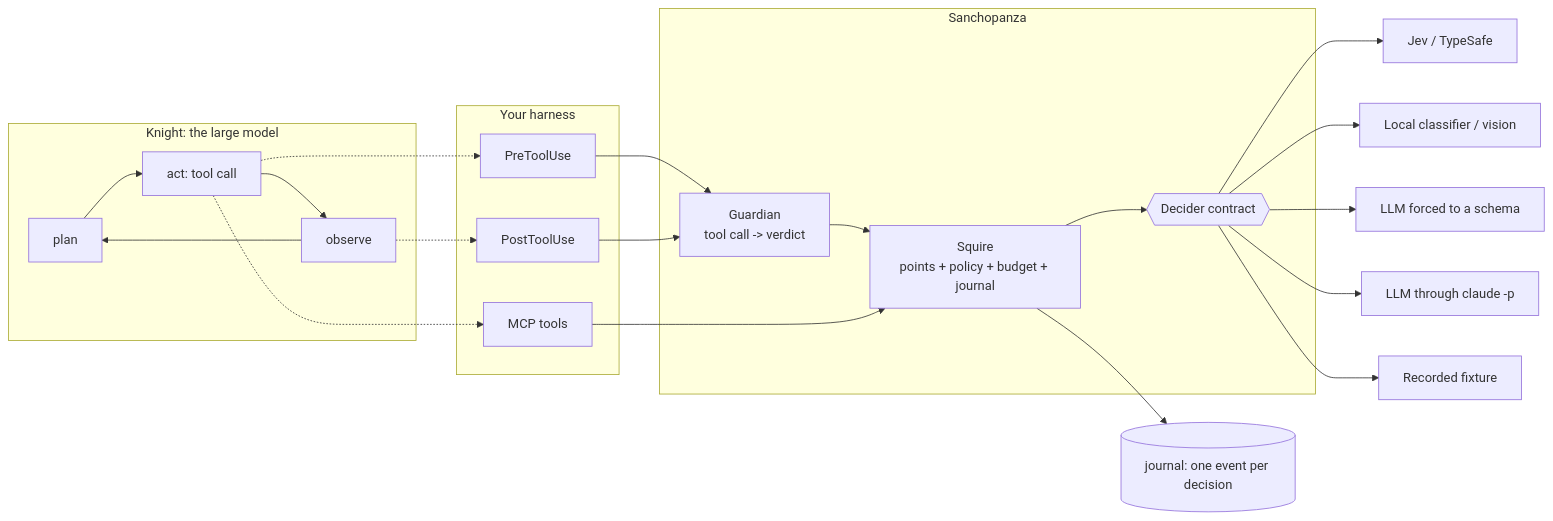
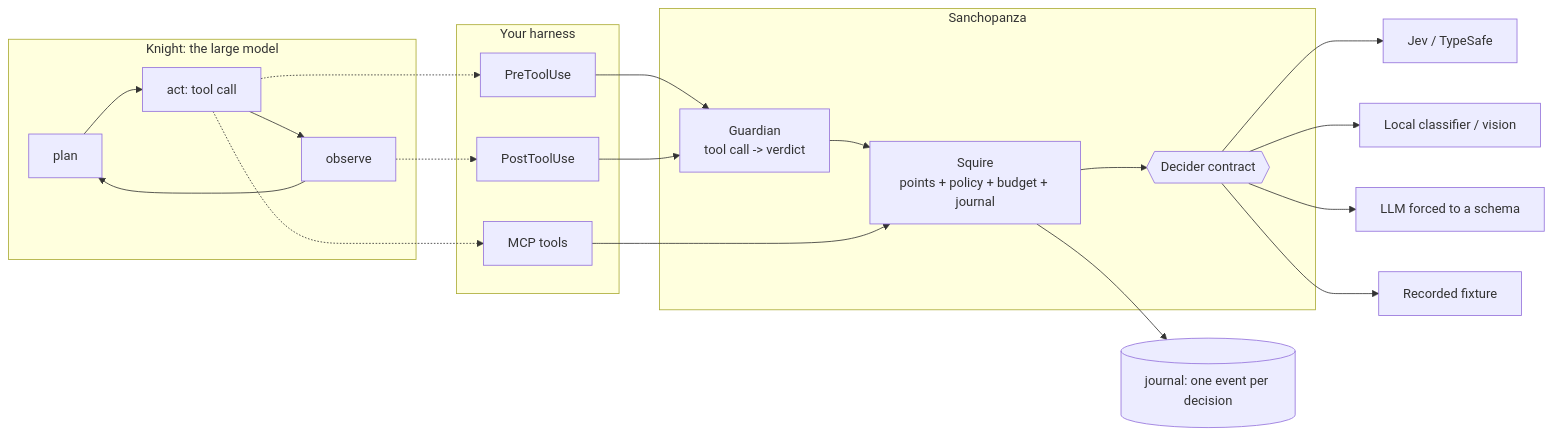
The diagram in README.md (romanpert/sanchopanza), drawn with Mermaid before and after one commit. The commit also changed other lines of this file and 10 other files, not shown here.

First line of the commit message:
refactor: remove the claude-cli provider from the public package

````diff
--- a/README.md
+++ b/README.md
@@ -263,24 +263,23 @@
 ```mermaid
 flowchart LR
     subgraph Knight["Knight: the large model"]
         P[plan] --> A[act: tool call] --> O[observe] --> P
     end
     subgraph Harness["Your harness"]
         PRE[PreToolUse]
         POST[PostToolUse]
         MCP[MCP tools]
     end
     subgraph SP["Sanchopanza"]
         G[Guardian<br/>tool call -> verdict] --> S[Squire<br/>points + policy + budget + journal]
         S --> D{{Decider contract}}
     end
     D --> J[Jev / TypeSafe]
     D --> L[Local classifier / vision]
     D --> M[LLM forced to a schema]
-    D --> CLI[LLM through claude -p]
     D --> R[Recorded fixture]
     A -.-> PRE --> G
     O -.-> POST --> G
     A -.-> MCP --> S
     S --> E[(journal: one event per decision)]
 ```
````
